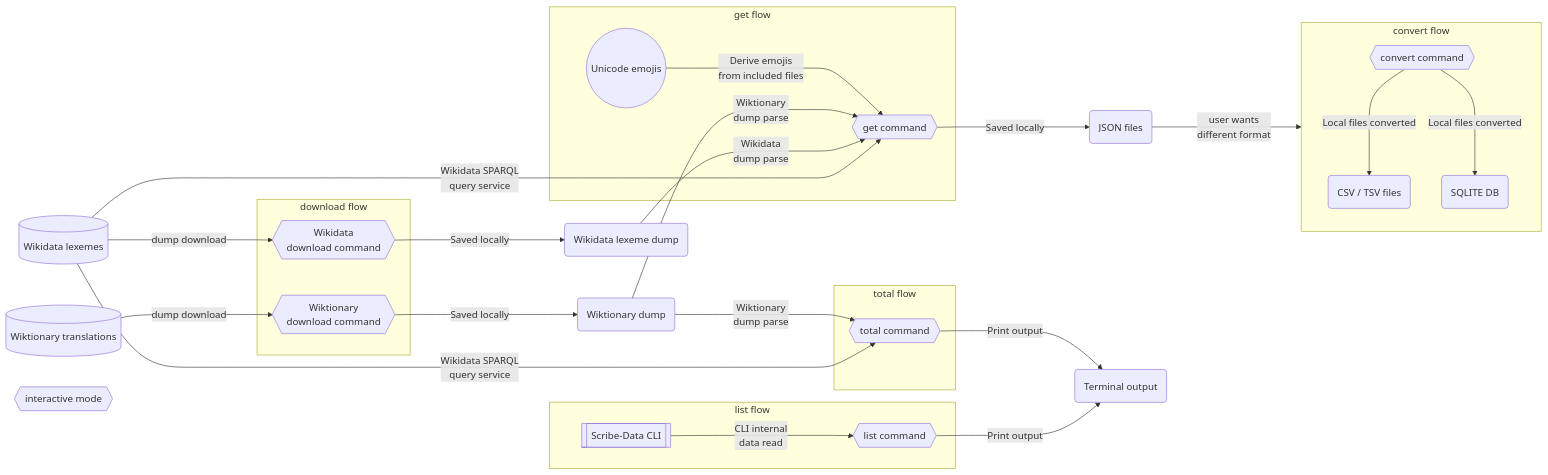
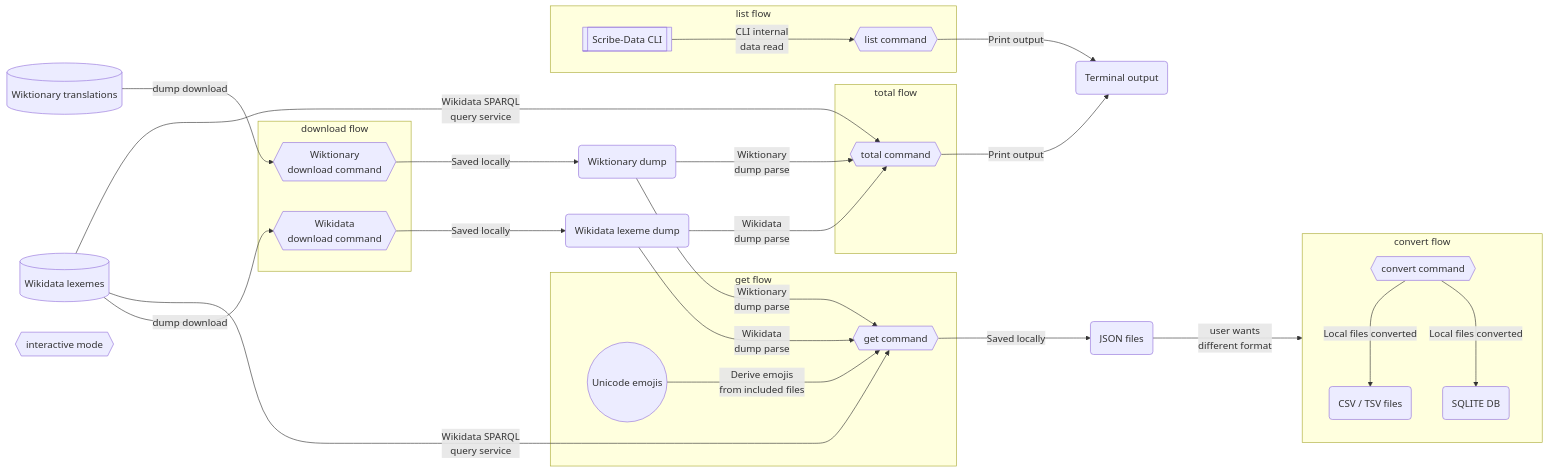
Before and after one commit to haasham1/Scribe-Data: the diagram in ARCHITECTURE.md, drawn with Mermaid. The commit also changed other lines of this file, not shown here.

Commit message:
Updates to architecture diagram

````diff
--- a/ARCHITECTURE.md
+++ b/ARCHITECTURE.md
@@ -12,76 +12,77 @@
 ```mermaid
 graph LR
     %% CLI
 
     DATA[[Scribe-Data CLI]]
 
     %% Data sources
 
     WD[(Wikidata lexemes)]
     WK[(Wiktionary translations)]
     UNI((Unicode emojis))
 
     %% Outputs
 
     JSON(JSON files)
     CTSV(CSV / TSV files)
     SQLITE(SQLITE DB)
     TERM(Terminal output)
     WDDUMP(Wikidata lexeme dump)
     WKDUMP(Wiktionary dump)
 
     %% Commands
 
     DLWD{{Wikidata\ndownload command}}
     DLWK{{Wiktionary\ndownload command}}
     LIST{{list command}}
     GET{{get command}}
     TOT{{total command}}
     CONV{{convert command}}
     INT{{interactive mode}}
 
     %% General flow
 
     WD ---> |dump download| DLWD
     WK ---> |dump download| DLWK
 
     DLWD ---> |Saved locally| WDDUMP
     DLWK ---> |Saved locally| WKDUMP
 
     WD ---> |Wikidata SPARQL\nquery service| GET
     WDDUMP ---> |Wikidata\ndump parse| GET
     WKDUMP ---> |Wiktionary\ndump parse| GET
 
     WD ---> |Wikidata SPARQL\nquery service| TOT
+    WDDUMP ---> |Wikidata\ndump parse| TOT
     WKDUMP ---> |Wiktionary\ndump parse| TOT
 
     GET ---> |Saved locally| JSON
     JSON ---> |user wants\ndifferent format| CONVERT_FLOW
 
     LIST ---> |Print output| TERM
     TOT ---> |Print output| TERM
 
     %% Subgraphs
 
     subgraph DOWNLOAD_FLOW [download flow]
     DLWD
     DLWK
     end
 
     subgraph GET_FLOW [get flow]
     UNI ---> |Derive emojis\nfrom included files| GET
     end
 
     subgraph CONVERT_FLOW [convert flow]
     CONV ---> |Local files converted| CTSV
     CONV ---> |Local files converted| SQLITE
     end
 
     subgraph TOTAL_FLOW [total flow]
     TOT
     end
 
     subgraph LIST_FLOW [list flow]
     DATA ---> |CLI internal\ndata read| LIST
     end
 ```
````
